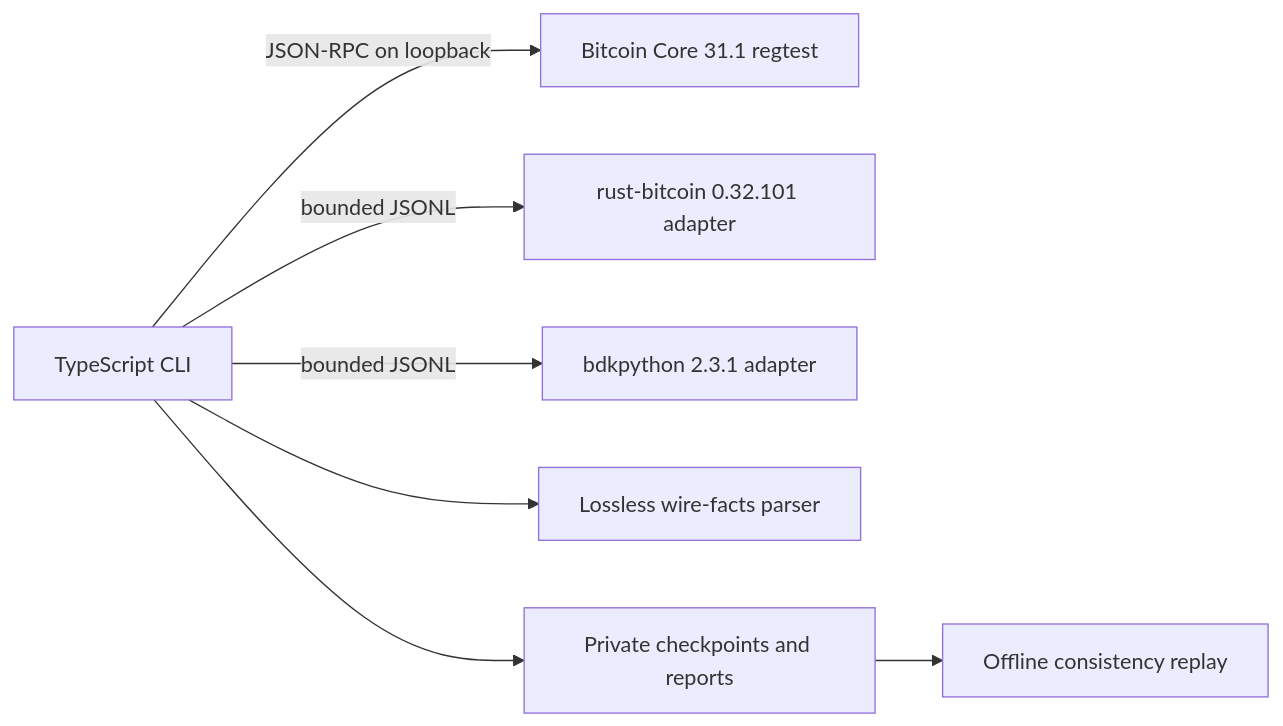
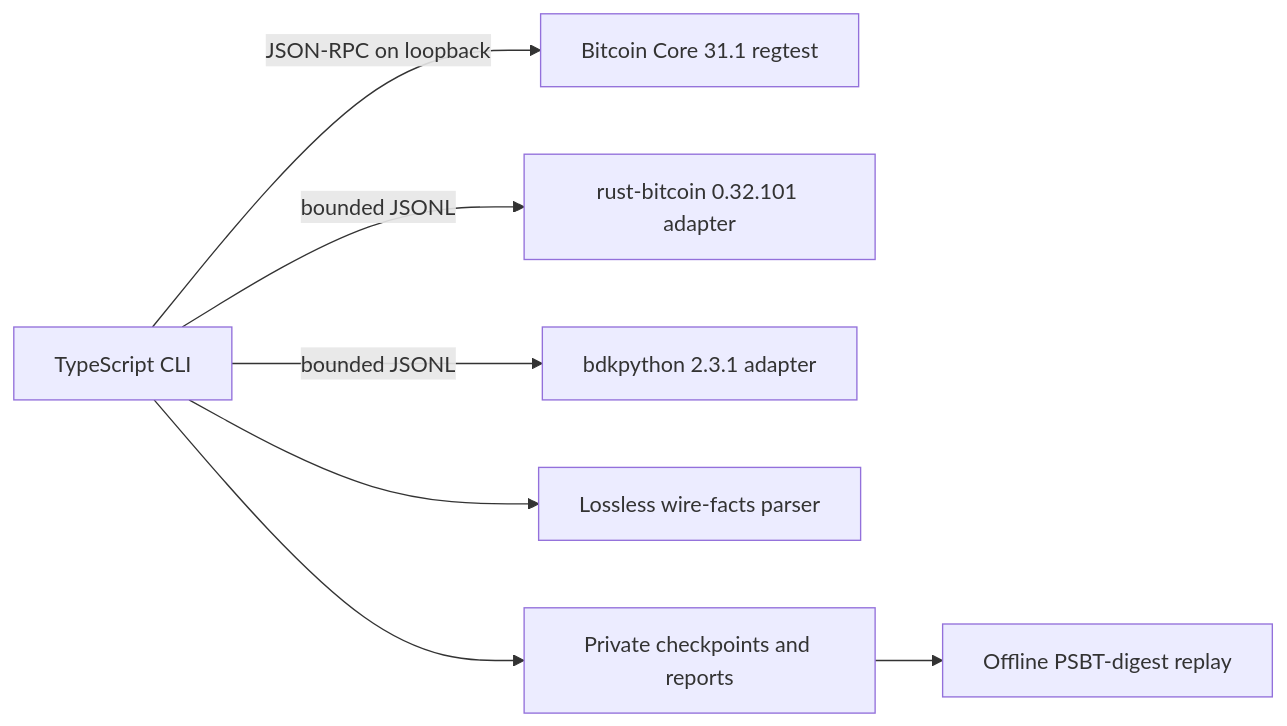
The diagram in docs/architecture.md (GautamBytes/psbt-interop-lab), drawn with Mermaid before and after one commit. The commit also changed other lines of this file and 4 other files, not shown here.

````diff
--- a/docs/architecture.md
+++ b/docs/architecture.md
@@ -10,9 +10,9 @@
 ```mermaid
 flowchart LR
   CLI["TypeScript CLI"] -->|"JSON-RPC on loopback"| Core["Bitcoin Core 31.1 regtest"]
   CLI -->|"bounded JSONL"| Rust["rust-bitcoin 0.32.101 adapter"]
   CLI -->|"bounded JSONL"| BDK["bdkpython 2.3.1 adapter"]
   CLI --> Facts["Lossless wire-facts parser"]
   CLI --> Artifacts["Private checkpoints and reports"]
-  Artifacts --> Replay["Offline consistency replay"]
+  Artifacts --> Replay["Offline PSBT-digest replay"]
 ```
````
